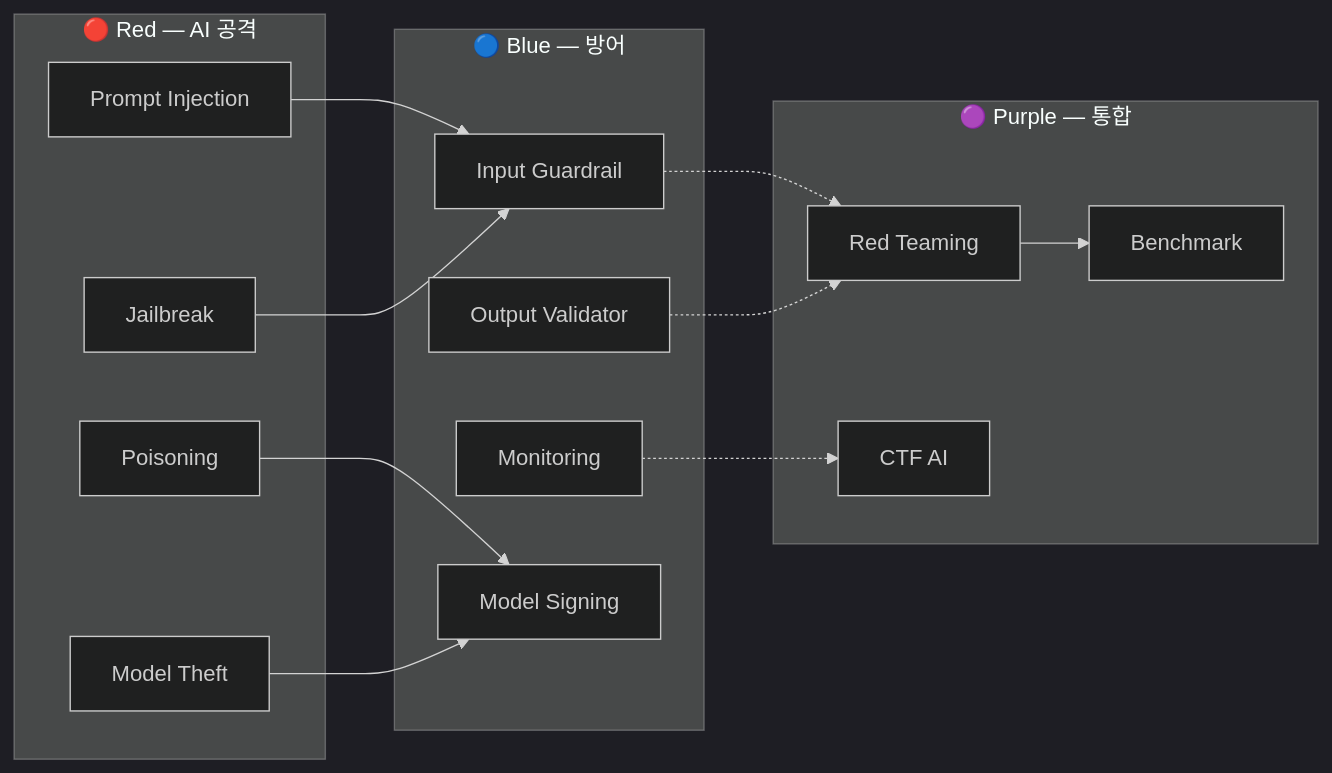
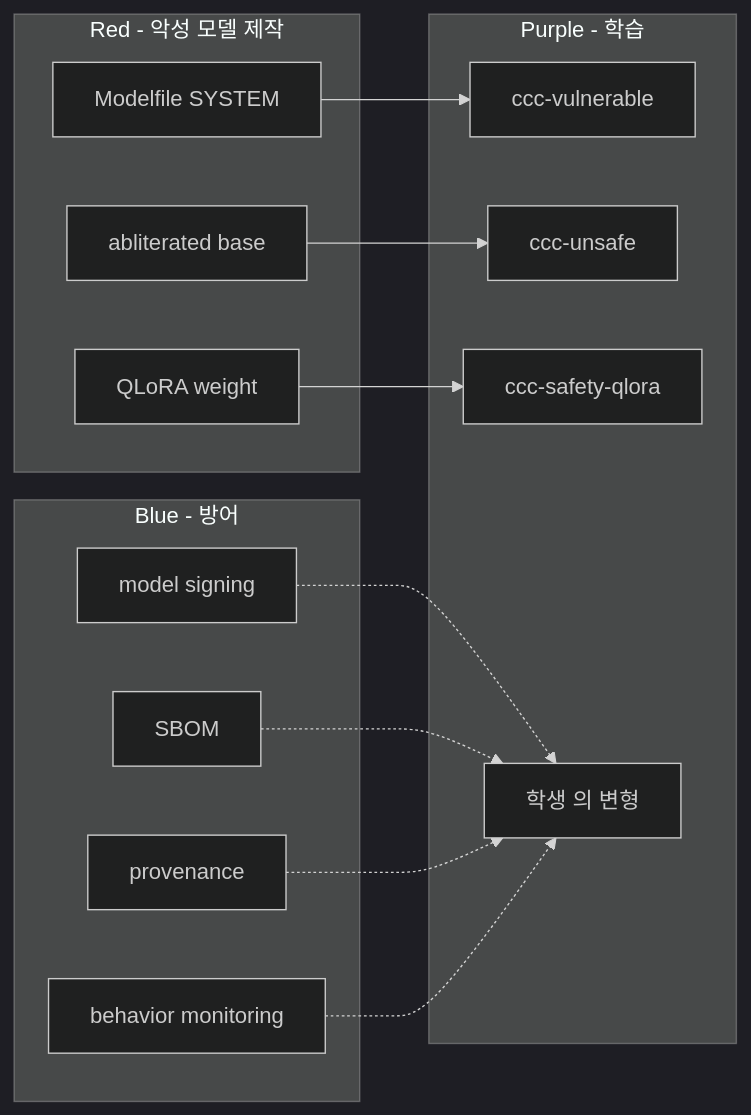
Before and after one commit to mrgrit/ccc: the diagram in contents/standalone/lecture/aisec/week08.md, drawn with Mermaid (dark theme). The commit also changed other lines of this file and 1 other file, not shown here.

````diff
--- a/contents/standalone/lecture/aisec/week08.md
+++ b/contents/standalone/lecture/aisec/week08.md
@@ -139,31 +481,30 @@
 ```mermaid
 flowchart LR
-    subgraph Red [🔴 Red — AI 공격]
-        R1[Prompt Injection]
-        R2[Jailbreak]
-        R3[Poisoning]
-        R4[Model Theft]
+    subgraph Red [Red - 악성 모델 제작]
+        R1[Modelfile SYSTEM]
+        R2[QLoRA weight]
+        R3[abliterated base]
     end
 
-    subgraph Blue [🔵 Blue — 방어]
-        B1[Input Guardrail]
-        B2[Output Validator]
-        B3[Monitoring]
-        B4[Model Signing]
+    subgraph Blue [Blue - 방어]
+        B1[model signing]
+        B2[SBOM]
+        B3[provenance]
+        B4[behavior monitoring]
     end
 
-    subgraph Purple [🟣 Purple — 통합]
-        P1[Red Teaming]
-        P2[CTF AI]
-        P3[Benchmark]
+    subgraph Purple [Purple - 학습]
+        P1[ccc-vulnerable]
+        P2[ccc-unsafe]
+        P3[ccc-safety-qlora]
+        P4[학생 의 변형]
     end
 
-    R1 --> B1
-    R2 --> B1
-    R3 --> B4
-    R4 --> B4
-    B1 -.-> P1
-    B2 -.-> P1
-    B3 -.-> P2
-    P1 --> P3
+    R1 --> P1
+    R2 --> P3
+    R3 --> P2
+    B1 -.-> P4
+    B2 -.-> P4
+    B3 -.-> P4
+    B4 -.-> P4
 ```
````
